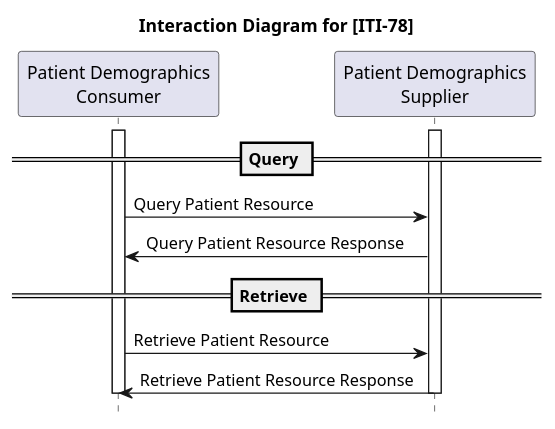
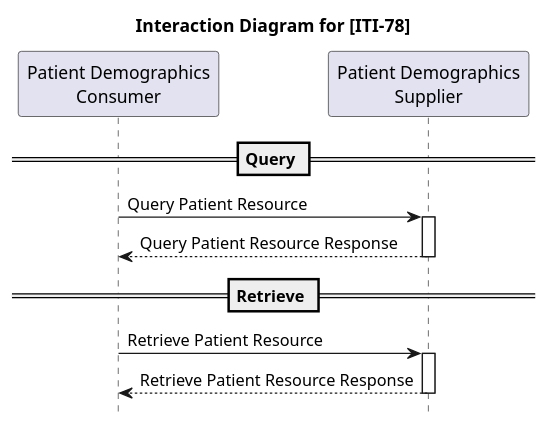
One commit to ehealthsuisse/ch-epr-fhir changed the diagram in input/images-source/PDQm_ActorDiagram_ITI-78.plantuml. Above: the diagram before and after it, drawn with PlantUML. The commit also changed 33 other files, not shown here.

```diff
--- a/input/images-source/PDQm_ActorDiagram_ITI-78.plantuml
+++ b/input/images-source/PDQm_ActorDiagram_ITI-78.plantuml
@@ -1,21 +1,20 @@
 @startuml
 hide footbox
 
 title Interaction Diagram for [ITI-78]
 
+hide footbox
+autoactivate on
+
 participant "Patient Demographics\nConsumer" as Client
 participant "Patient Demographics\nSupplier" as Server
 
 == Query ==
-activate Client
-activate Server
 Client -> Server : Query Patient Resource
-Server -> Client : Query Patient Resource Response
+Server --> Client : Query Patient Resource Response
 
 == Retrieve ==
 Client -> Server : Retrieve Patient Resource
-Server -> Client : Retrieve Patient Resource Response
-deactivate Server
-deactivate Client
+Server --> Client : Retrieve Patient Resource Response
 
 @enduml
```
